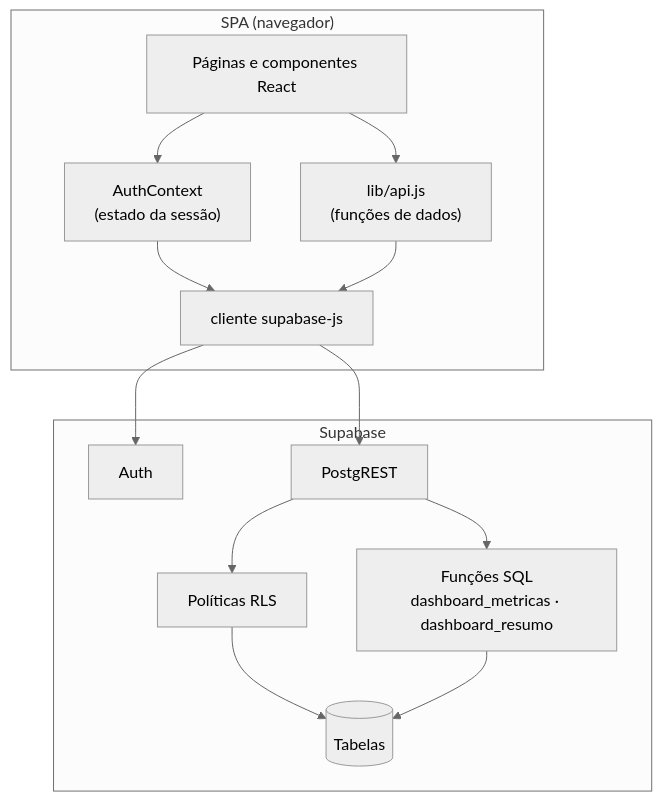
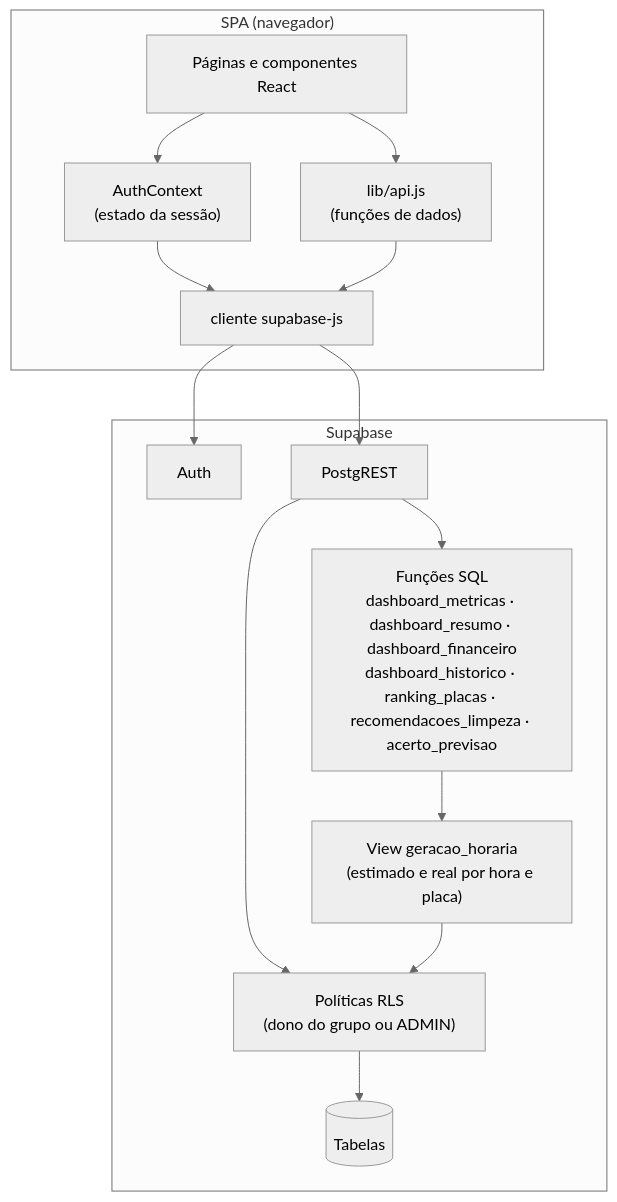
The second of 4 diagrams in docs/ARQUITETURA.md (danieltanjos/SolarVision), drawn with Mermaid (neutral theme) before and after one commit. The commit also changed other lines of this file and 7 other files, not shown here.

First line of the commit message:
docs: dono por grupo, leituras reais por CSV e análises (R$/CO₂, chuva, média de 5 anos, acerto da previsão, ranking)

````diff
--- a/docs/ARQUITETURA.md
+++ b/docs/ARQUITETURA.md
@@ -64,23 +65,24 @@
 ```mermaid
 flowchart TD
     subgraph spa["SPA (navegador)"]
         pages["Páginas e componentes React"]
         ctx["AuthContext<br/>(estado da sessão)"]
         api["lib/api.js<br/>(funções de dados)"]
         client["cliente supabase-js"]
     end
 
     subgraph supa["Supabase"]
         auth["Auth"]
         rest["PostgREST"]
-        rls["Políticas RLS"]
-        rpc["Funções SQL<br/>dashboard_metricas · dashboard_resumo"]
+        rls["Políticas RLS<br/>(dono do grupo ou ADMIN)"]
+        rpc["Funções SQL<br/>dashboard_metricas · dashboard_resumo · dashboard_financeiro<br/>dashboard_historico · ranking_placas · recomendacoes_limpeza · acerto_previsao"]
+        view["View geracao_horaria<br/>(estimado e real por hora e placa)"]
         db[("Tabelas")]
     end
 
     pages --> ctx --> client
     pages --> api --> client
     client --> auth
     client --> rest --> rls --> db
-    rest --> rpc --> db
+    rest --> rpc --> view --> rls
 ```
````
